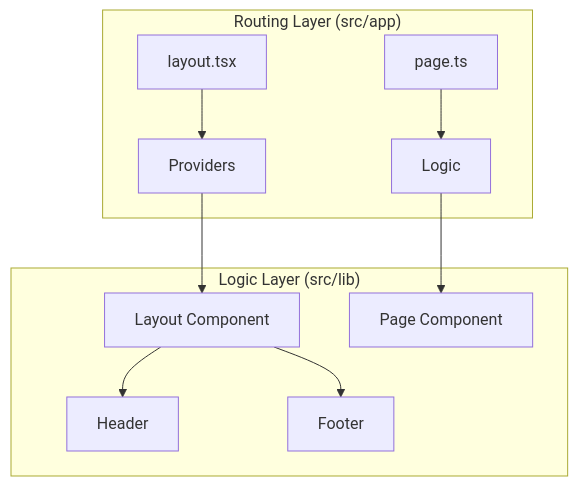
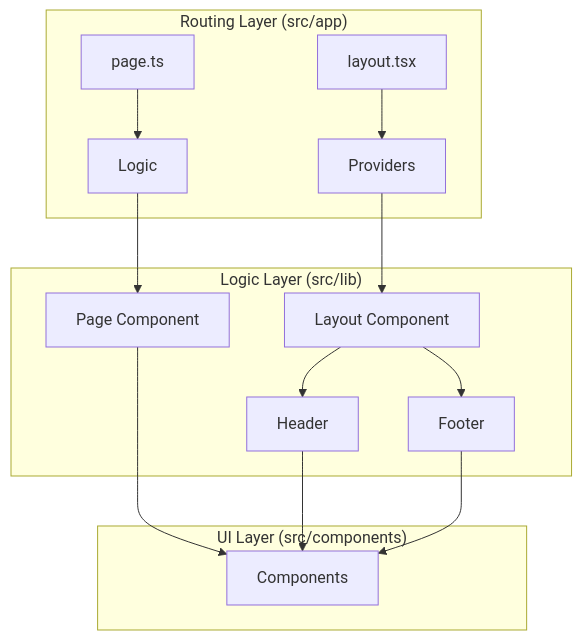
One commit to kingchun1991/nextjs-chakra-starter-blog changed the diagram in README.md. Above: the diagram before and after it, drawn with Mermaid. The commit also changed other lines of this file, not shown here.

Commit message:
fix(readme): fix clone instructions and broken architecture diagram

````diff
--- a/README.md
+++ b/README.md
@@ -49,14 +49,20 @@
 ```mermaid
 graph TD
     subgraph "Routing Layer (src/app)"
         L[layout.tsx] --> Providers
         P[page.ts] --> Logic
     end
 
     subgraph "Logic Layer (src/lib)"
         Providers --> Layout[Layout Component]
         Layout --> Header
         Layout --> Footer
         Logic --> HomePage[Page Component]
     end
+
+    subgraph "UI Layer (src/components)"
+        HomePage --> Components
+        Header --> Components
+        Footer --> Components
+    end
 ```
````
